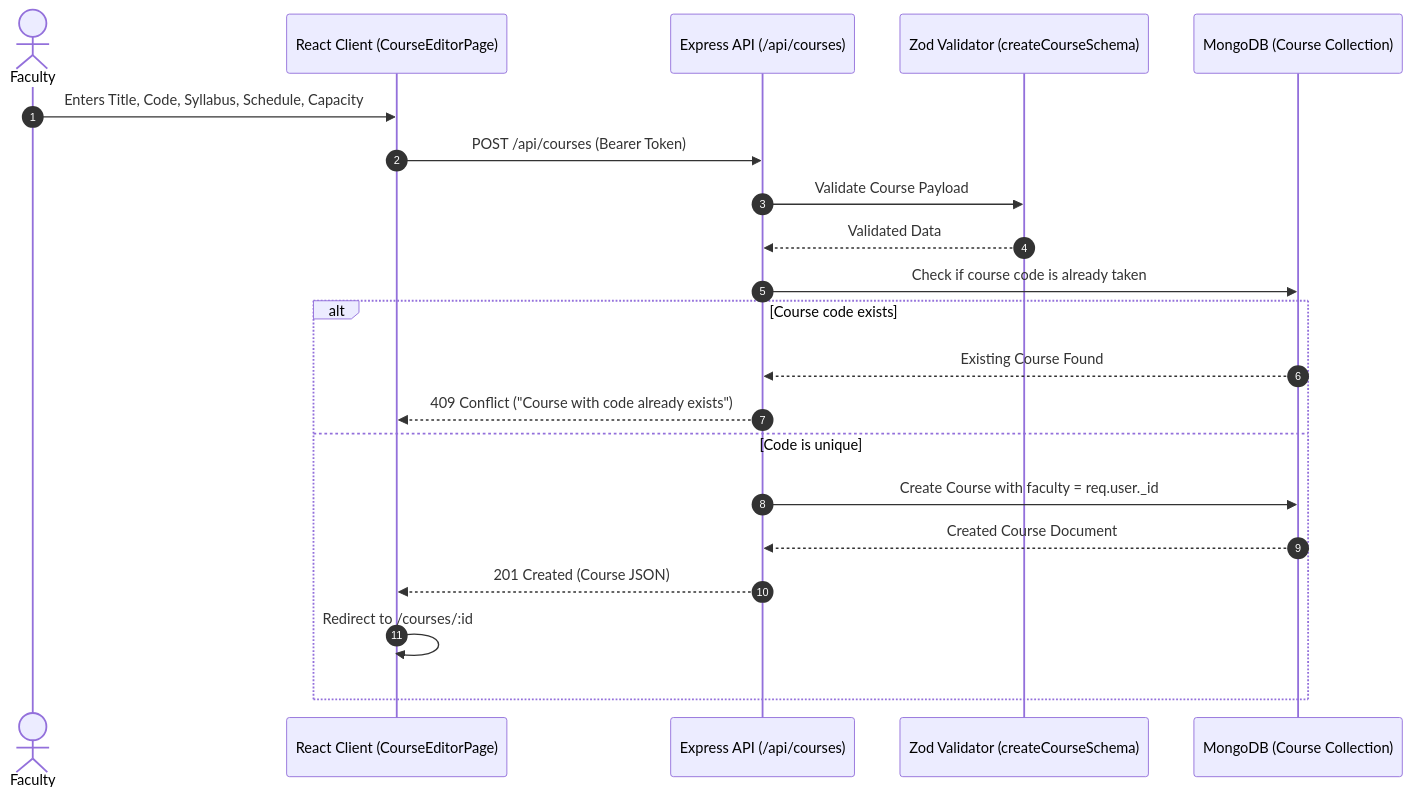
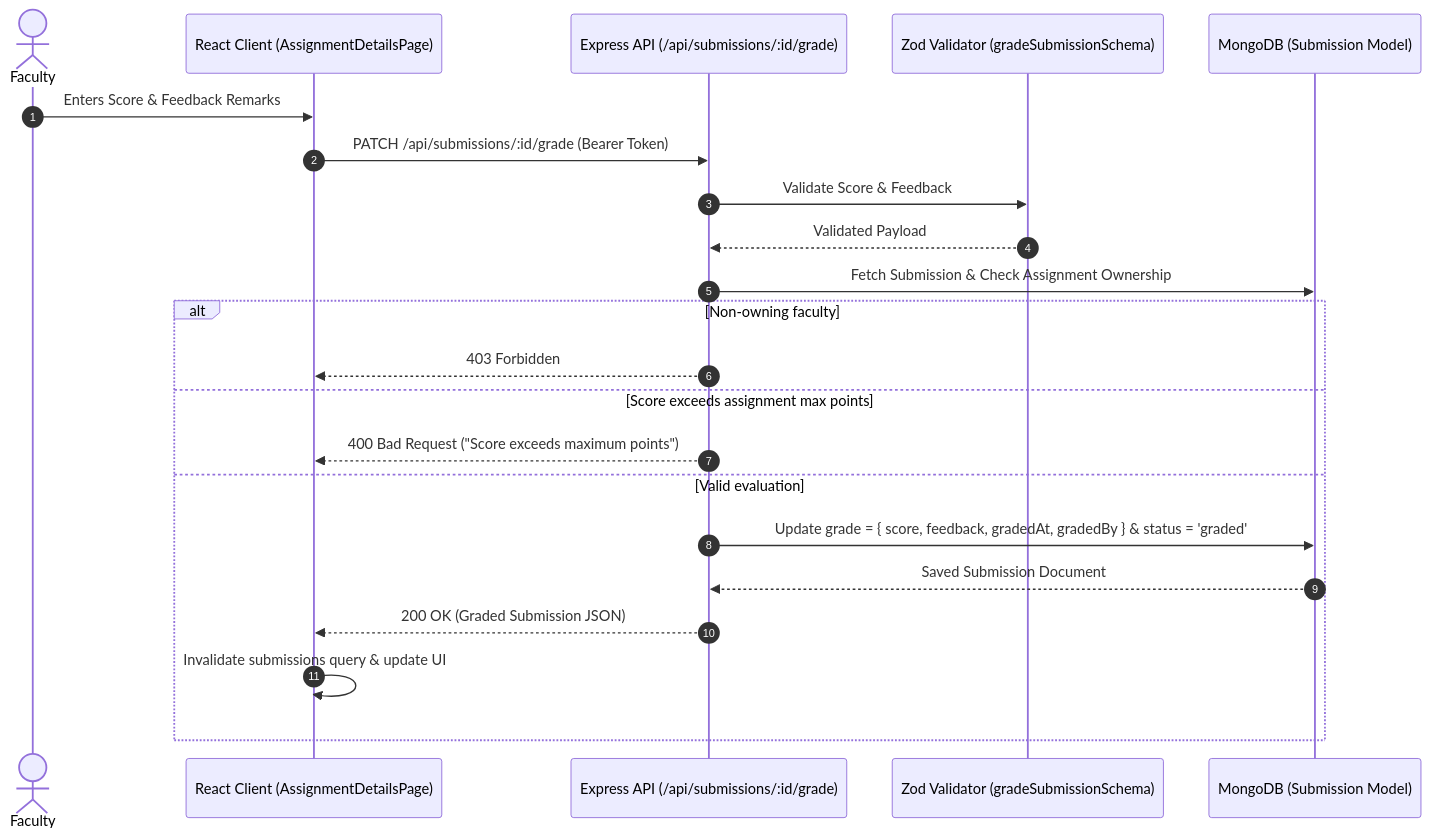
One commit to kubervaidya24-max/CAMPUSFLOW changed the fourth of 5 diagrams in docs/architecture.md. Above: the diagram before and after it, drawn with Mermaid. The commit also changed other lines of this file and 19 other files, not shown here.

Commit message:
feat: implement assignment submission and grading system

````diff
--- a/docs/architecture.md
+++ b/docs/architecture.md
@@ -64,24 +92,25 @@
 ```mermaid
 sequenceDiagram
     autonumber
     actor Faculty
-    participant Client as React Client (CourseEditorPage)
-    participant API as Express API (/api/courses)
-    participant Val as Zod Validator (createCourseSchema)
-    participant DB as MongoDB (Course Collection)
+    participant Client as React Client (AssignmentDetailsPage)
+    participant API as Express API (/api/submissions/:id/grade)
+    participant Val as Zod Validator (gradeSubmissionSchema)
+    participant DB as MongoDB (Submission Model)
 
-    Faculty->>Client: Enters Title, Code, Syllabus, Schedule, Capacity
-    Client->>API: POST /api/courses (Bearer Token)
-    API->>Val: Validate Course Payload
-    Val-->>API: Validated Data
-    API->>DB: Check if course code is already taken
-    alt Course code exists
-        DB-->>API: Existing Course Found
-        API-->>Client: 409 Conflict ("Course with code already exists")
-    else Code is unique
-        API->>DB: Create Course with faculty = req.user._id
-        DB-->>API: Created Course Document
-        API-->>Client: 201 Created (Course JSON)
-        Client->>Client: Redirect to /courses/:id
+    Faculty->>Client: Enters Score & Feedback Remarks
+    Client->>API: PATCH /api/submissions/:id/grade (Bearer Token)
+    API->>Val: Validate Score & Feedback
+    Val-->>API: Validated Payload
+    API->>DB: Fetch Submission & Check Assignment Ownership
+    alt Non-owning faculty
+        API-->>Client: 403 Forbidden
+    else Score exceeds assignment max points
+        API-->>Client: 400 Bad Request ("Score exceeds maximum points")
+    else Valid evaluation
+        API->>DB: Update grade = { score, feedback, gradedAt, gradedBy } & status = 'graded'
+        DB-->>API: Saved Submission Document
+        API-->>Client: 200 OK (Graded Submission JSON)
+        Client->>Client: Invalidate submissions query & update UI
     end
 ```
````
